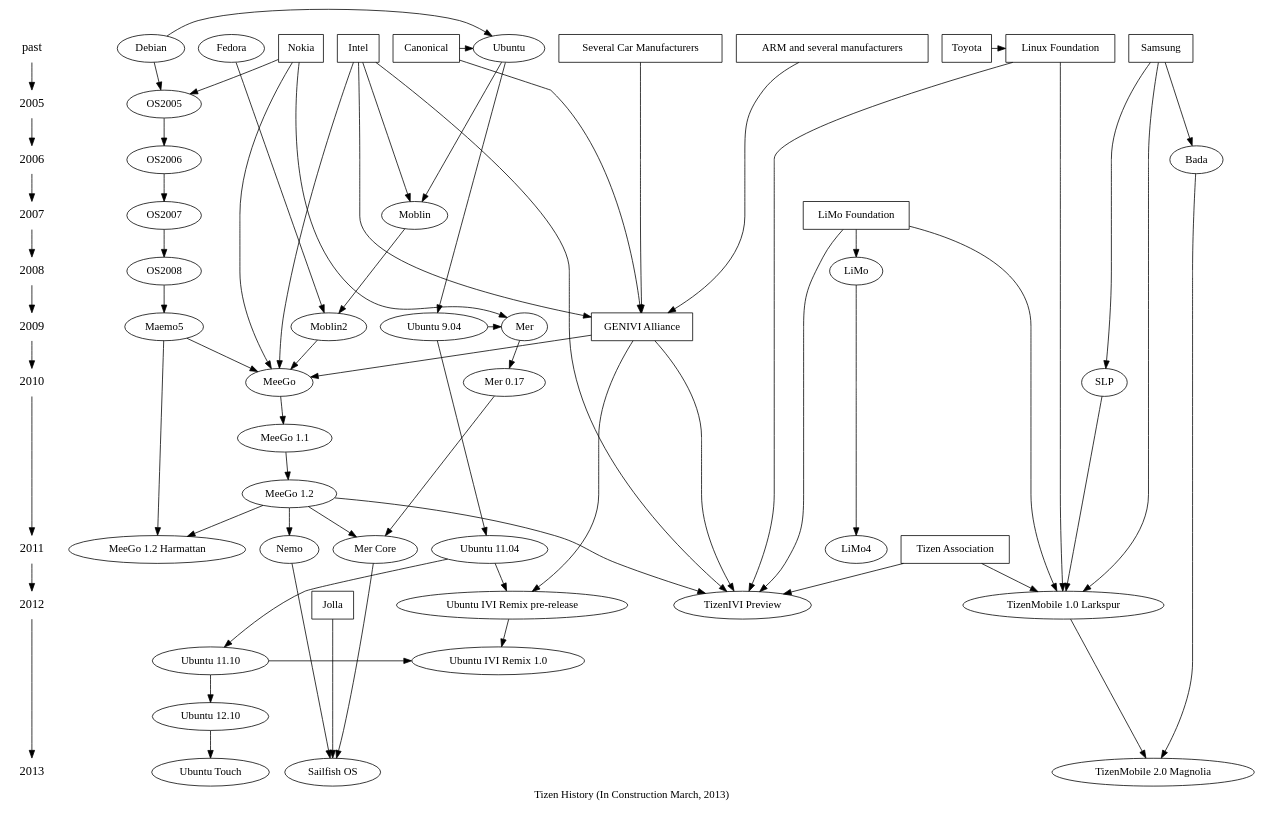
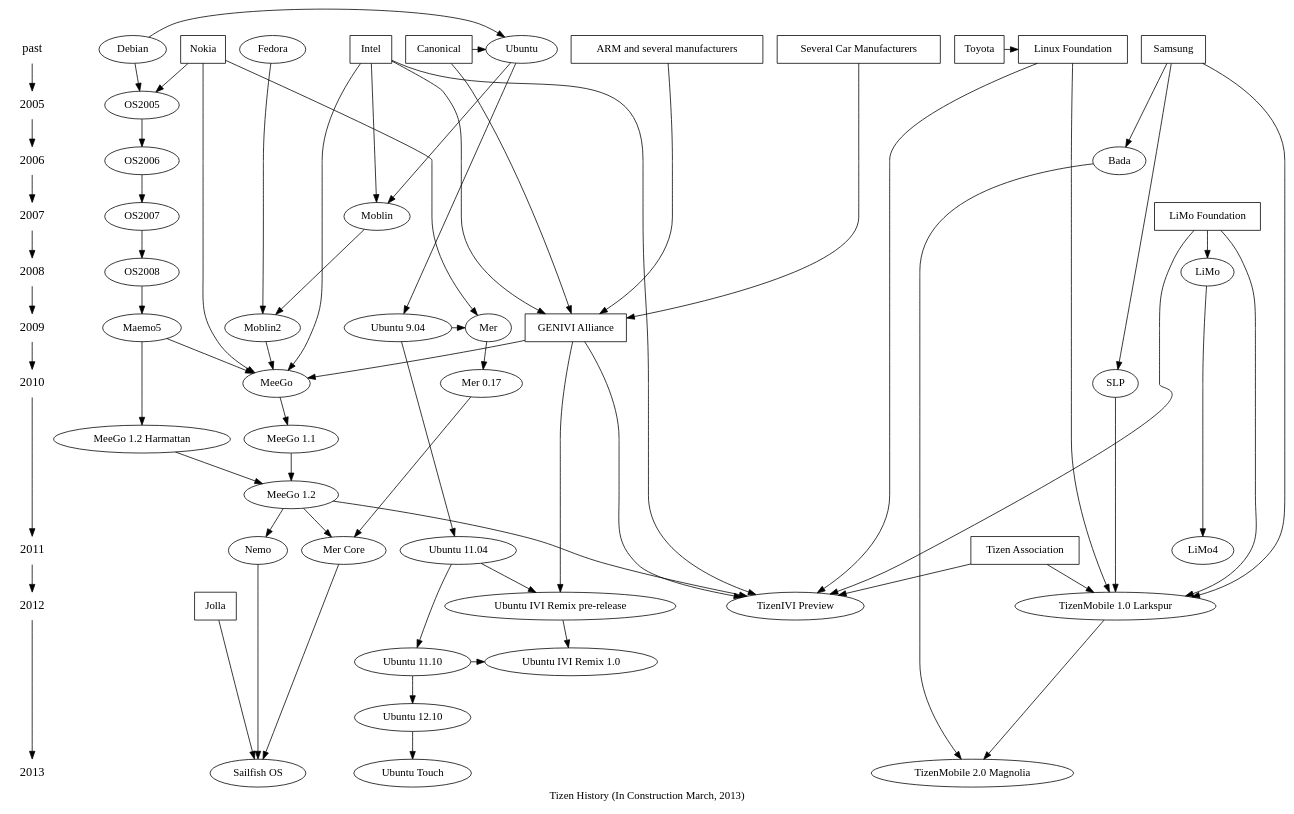
Before and after one commit to kumadasu/tizen-history: the diagram in tizen-history.dot, drawn with Graphviz. The commit also changed 1 other file, not shown here.

Commit message:
arrow was wrong way around between Harmattan and Meego 1.2

```diff
--- a/tizen-history.dot
+++ b/tizen-history.dot
@@ -1,94 +1,94 @@
 digraph tizenhistory {
 graph [label="Tizen History (In Construction March, 2013)"]
 /*timeline*/
 {
 	node [shape=plaintext, fontsize=16];
 	"past" -> /*1990 ->
 	1991 -> 1992 -> 1993 -> 1994 -> 1995 ->
 	1996 -> 1997 -> 1998 -> 1999 -> 2000 ->
 	2001 -> 2002 -> 2003 -> 2004 ->*/ 2005 ->
 	2006 -> 2007 -> 2008 -> 2009 -> 2010 ->
 	2011 -> 2012 -> 2013;
 }
 
 /* Organizations */
 {
 	node [shape=box];
 	{ rank = same; "past"; "Nokia"}
 	{ rank = same; "past"; "Intel"}
 	{ rank = same; "past"; "Samsung"}
 	{ rank = same; "past"; "ARM and several manufacturers"}
 	{ rank = same; "past"; "Several Car Manufacturers"}
 	{ rank = same; "past"; "Canonical"}
 	{ rank = same; "past"; "Linux Foundation"}
 	{ rank = same; "past"; "Toyota"}
 	{ rank = same; "2007"; "LiMo Foundation"}
 	{ rank = same; "2009"; "GENIVI Alliance"}
 	{ rank = same; "2011"; "Tizen Association"} //?
 	{ rank = same; "2012"; "Jolla"} //?
 "Toyota" -> "Linux Foundation";
 "Intel" -> "GENIVI Alliance";
 "Several Car Manufacturers" -> "GENIVI Alliance";
 "ARM and several manufacturers" -> "GENIVI Alliance";
 "Canonical" -> "GENIVI Alliance";
 }
 
 /* Technologies */
 {
 	node [shape=plaintext];
 //	"HTML5";
 }
 
 /* OS */
 { rank = same; "past"; "Ubuntu"; "Fedora"; "Debian"}
 { rank = same; 2005; "OS2005"}
 { rank = same; 2006; "OS2006"}
 { rank = same; 2007; "OS2007"; "Moblin"}
 { rank = same; 2008; "OS2008"; "LiMo"}
 { rank = same; 2009; "Maemo5"; "Moblin2"; "Ubuntu 9.04"; "Mer"}
 { rank = same; 2010; "MeeGo"; "Mer 0.17"; "SLP"}
 { rank = same; 2011; "Ubuntu 11.04"; "LiMo4"; "Nemo"}
 { rank = same; "Ubuntu 11.10"; "Ubuntu IVI Remix 1.0"}
 { rank = same; 2012; "TizenMobile 1.0 Larkspur"; "TizenIVI Preview"};
 { rank = same; 2013; "TizenMobile 2.0 Magnolia"; "Sailfish OS"; "Ubuntu Touch"}
 	"Debian" -> "Ubuntu";
 	"Debian" -> "OS2005" -> "OS2006" -> "OS2007" -> "OS2008" -> "Maemo5" -> "MeeGo";
 	"Ubuntu" -> "Moblin" -> "Moblin2";
 	"Fedora" -> "Moblin2" -> "MeeGo";
 	"Ubuntu 9.04" -> "Mer" -> "Mer 0.17" -> "Mer Core";
 	"LiMo" -> "LiMo4";
 	"MeeGo" -> "MeeGo 1.1" -> "MeeGo 1.2" -> "TizenIVI Preview";
 	"Maemo5" -> "MeeGo 1.2 Harmattan";
 	"MeeGo 1.2" -> "Mer Core";
 	"MeeGo 1.2" -> "Nemo" -> "Sailfish OS";
 	"Mer Core" -> "Sailfish OS";
-	"MeeGo 1.2" -> "MeeGo 1.2 Harmattan";
+	"MeeGo 1.2 Harmattan" -> "MeeGo 1.2";
 	"SLP" -> "TizenMobile 1.0 Larkspur";
 	"Bada" -> "TizenMobile 2.0 Magnolia";
 	"TizenMobile 1.0 Larkspur" -> "TizenMobile 2.0 Magnolia";
 	"Ubuntu" -> "Ubuntu 9.04" -> "Ubuntu 11.04" -> "Ubuntu 11.10" -> "Ubuntu IVI Remix 1.0";
 	"Ubuntu 11.04" -> "Ubuntu IVI Remix pre-release" -> "Ubuntu IVI Remix 1.0";
 	"Ubuntu 11.10" -> "Ubuntu 12.10" -> "Ubuntu Touch";
 
 "Canonical" -> "Ubuntu";
 "Nokia" -> "OS2005";
 "Intel" -> "Moblin";
 "Intel" -> "MeeGo";
 "Nokia" -> "Mer";
 "Nokia" -> "MeeGo";
 "Samsung" -> "Bada";
 "Samsung" -> "SLP";
 "Intel" -> "TizenIVI Preview";
 "Samsung" -> "TizenMobile 1.0 Larkspur";
 "GENIVI Alliance" -> "MeeGo";
 "GENIVI Alliance" -> "TizenIVI Preview";
 "GENIVI Alliance" -> "Ubuntu IVI Remix pre-release";
 "LiMo Foundation" -> "LiMo";
 "LiMo Foundation" -> "TizenIVI Preview";
 "LiMo Foundation" -> "TizenMobile 1.0 Larkspur";
 "Tizen Association" -> "TizenIVI Preview";
 "Tizen Association" -> "TizenMobile 1.0 Larkspur";
 "Linux Foundation" -> "TizenIVI Preview";
 "Linux Foundation" -> "TizenMobile 1.0 Larkspur";
 "Jolla" -> "Sailfish OS"
 }
```
